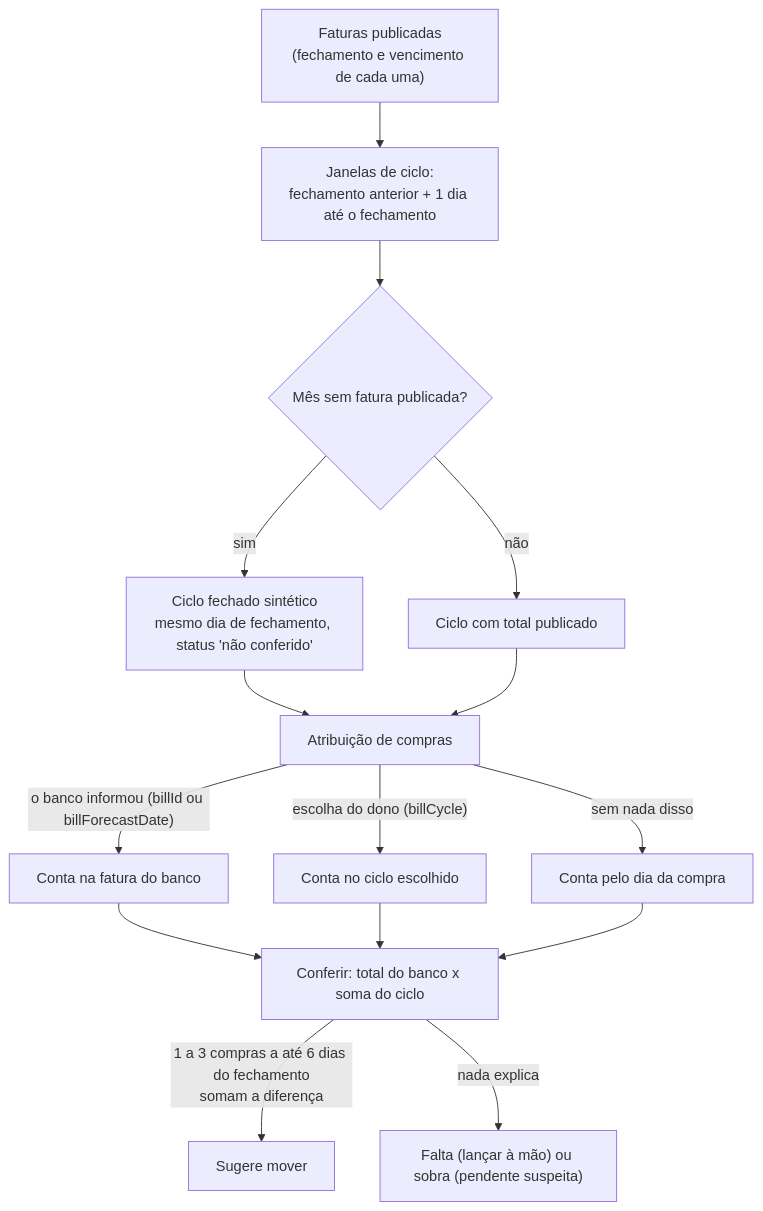
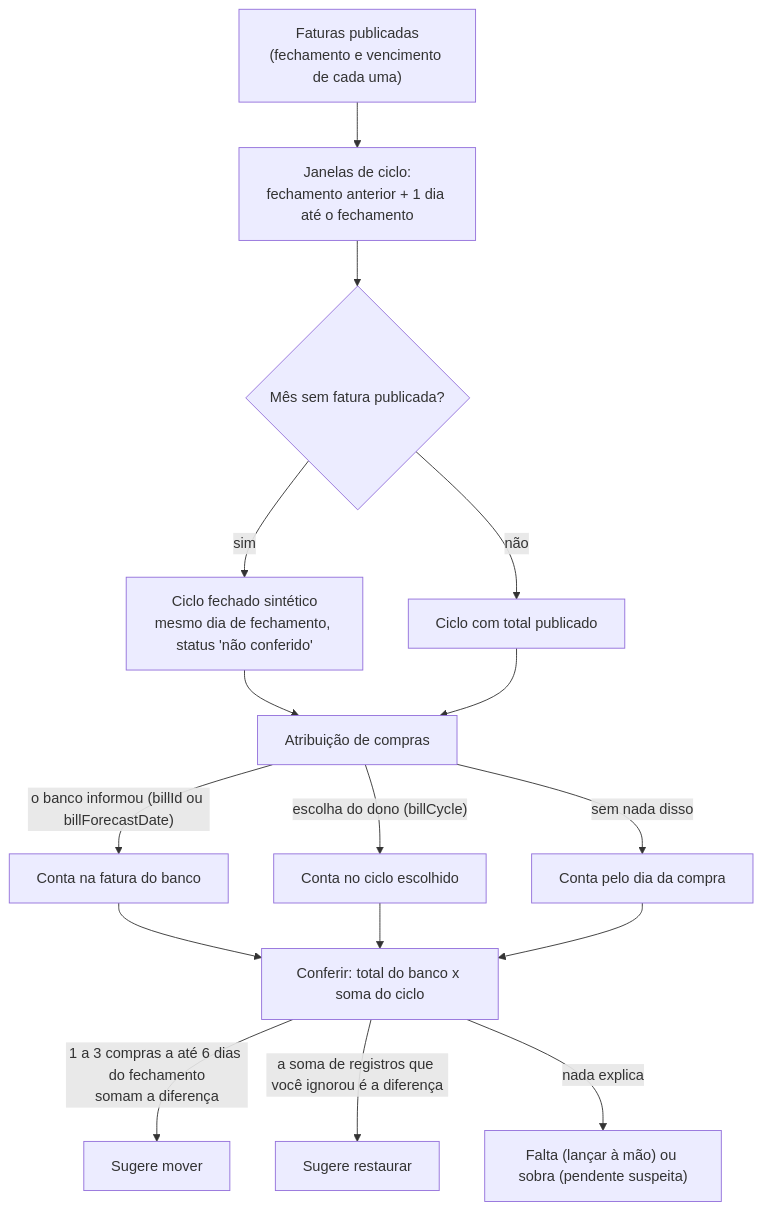
The fourth of 4 diagrams in docs/data-flow.md (franklinclf/gata-molhada-finance), drawn with Mermaid before and after one commit. The commit also changed other lines of this file and 15 other files, not shown here.

````diff
--- a/docs/data-flow.md
+++ b/docs/data-flow.md
@@ -99,17 +99,18 @@
 ```mermaid
 flowchart TD
   B["Faturas publicadas<br/>(fechamento e vencimento de cada uma)"] --> W["Janelas de ciclo:<br/>fechamento anterior + 1 dia até o fechamento"]
   W --> G{"Mês sem fatura publicada?"}
   G -->|sim| S["Ciclo fechado sintético<br/>mesmo dia de fechamento, status 'não conferido'"]
   G -->|não| P["Ciclo com total publicado"]
   S --> A["Atribuição de compras"]
   P --> A
   A -->|"escolha do dono (billCycle)"| X["Conta no ciclo escolhido"]
   A -->|"o banco informou (billId ou billForecastDate)"| X2["Conta na fatura do banco"]
   A -->|"sem nada disso"| Y["Conta pelo dia da compra"]
   X2 --> CMP
   X --> CMP["Conferir: total do banco x soma do ciclo"]
   Y --> CMP
   CMP -->|"1 a 3 compras a até 6 dias do fechamento<br/>somam a diferença"| MV["Sugere mover"]
+  CMP -->|"a soma de registros que você ignorou é a diferença"| IG["Sugere restaurar"]
   CMP -->|"nada explica"| MS["Falta (lançar à mão) ou sobra (pendente suspeita)"]
 ```
````
